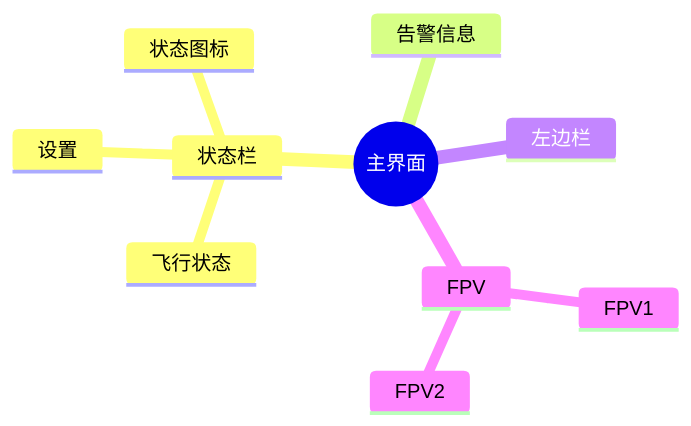
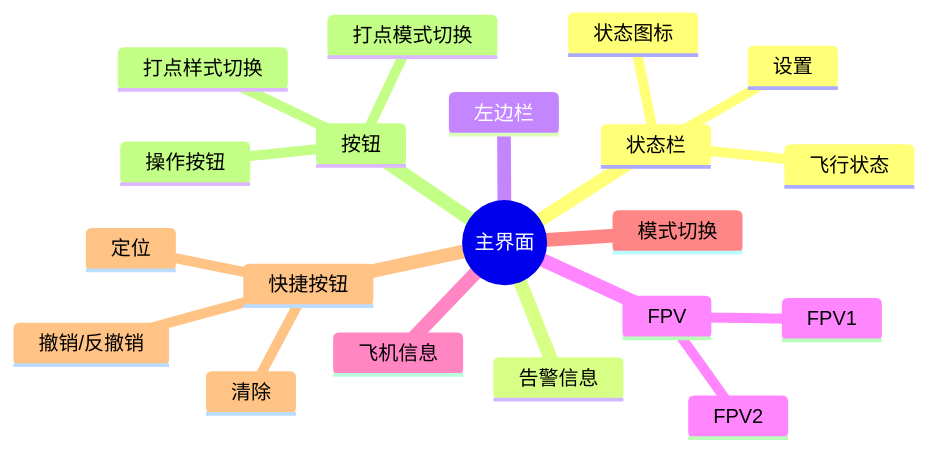
Before and after one commit to btONF/btonf.github.io: the diagram in src/site/notes/工作/植保app主界面架构设计.md, drawn with Mermaid. The commit also changed other lines of this file, not shown here.

Commit message:
Update content src/site/notes/工作/植保app主界面架构设计.md

````diff
--- a/src/site/notes/工作/植保app主界面架构设计.md
+++ b/src/site/notes/工作/植保app主界面架构设计.md
@@ -10,14 +10,23 @@
 ```mermaid
 mindmap
 	root((主界面))
 		状态栏
 			飞行状态
 			设置
 			状态图标
 		告警信息
 		左边栏
 		FPV
 			FPV1
 			FPV2
-		
+		飞机信息
+		模式切换
+		快捷按钮
+			撤销/反撤销
+			定位
+			清除
+		按钮
+			操作按钮
+			打点模式切换
+			打点样式切换
 ```
````
